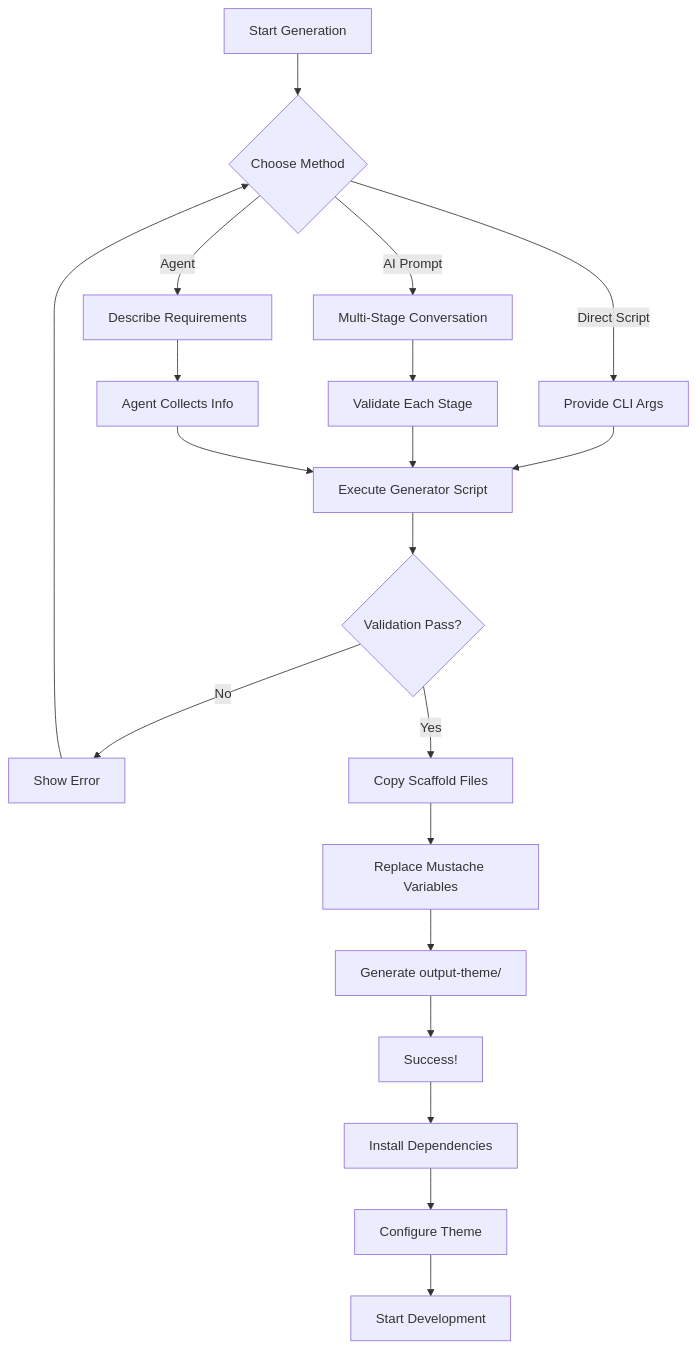
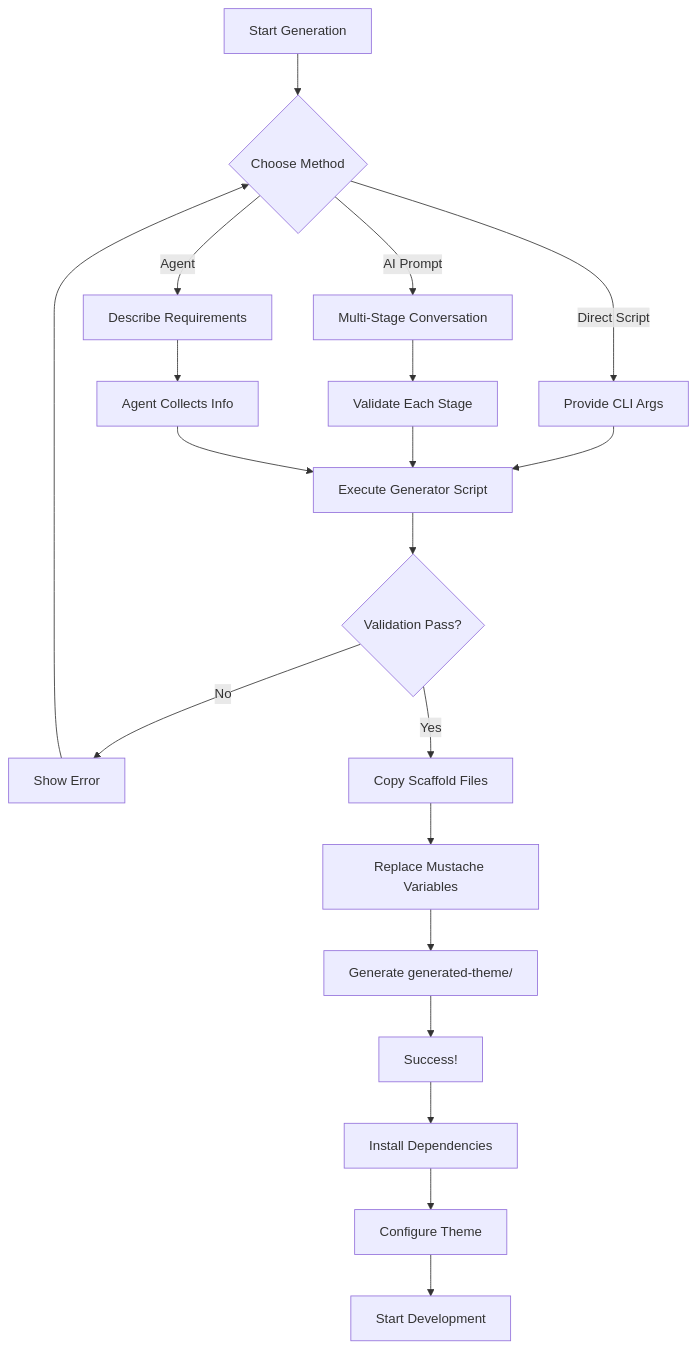
Before and after one commit to lightspeedwp/block-theme-scaffold: the first of 3 diagrams in docs/GENERATE_THEME.md, drawn with Mermaid. The commit also changed other lines of this file and 20 other files, not shown here.

````diff
--- a/docs/GENERATE_THEME.md
+++ b/docs/GENERATE_THEME.md
@@ -672,28 +683,28 @@
 ```mermaid
 flowchart TD
     A[Start Generation] --> B{Choose Method}
     B -->|Direct Script| C[Provide CLI Args]
     B -->|AI Prompt| D[Multi-Stage Conversation]
     B -->|Agent| E[Describe Requirements]
 
     C --> F[Execute Generator Script]
     D --> G[Validate Each Stage]
     E --> H[Agent Collects Info]
 
     G --> F
     H --> F
 
     F --> I{Validation Pass?}
     I -->|No| J[Show Error]
     I -->|Yes| K[Copy Scaffold Files]
 
     J --> B
 
     K --> L[Replace Mustache Variables]
-    L --> M[Generate output-theme/]
+    L --> M[Generate generated-theme/]
     M --> N[Success!]
 
     N --> O[Install Dependencies]
     O --> P[Configure Theme]
     P --> Q[Start Development]
 ```
````
